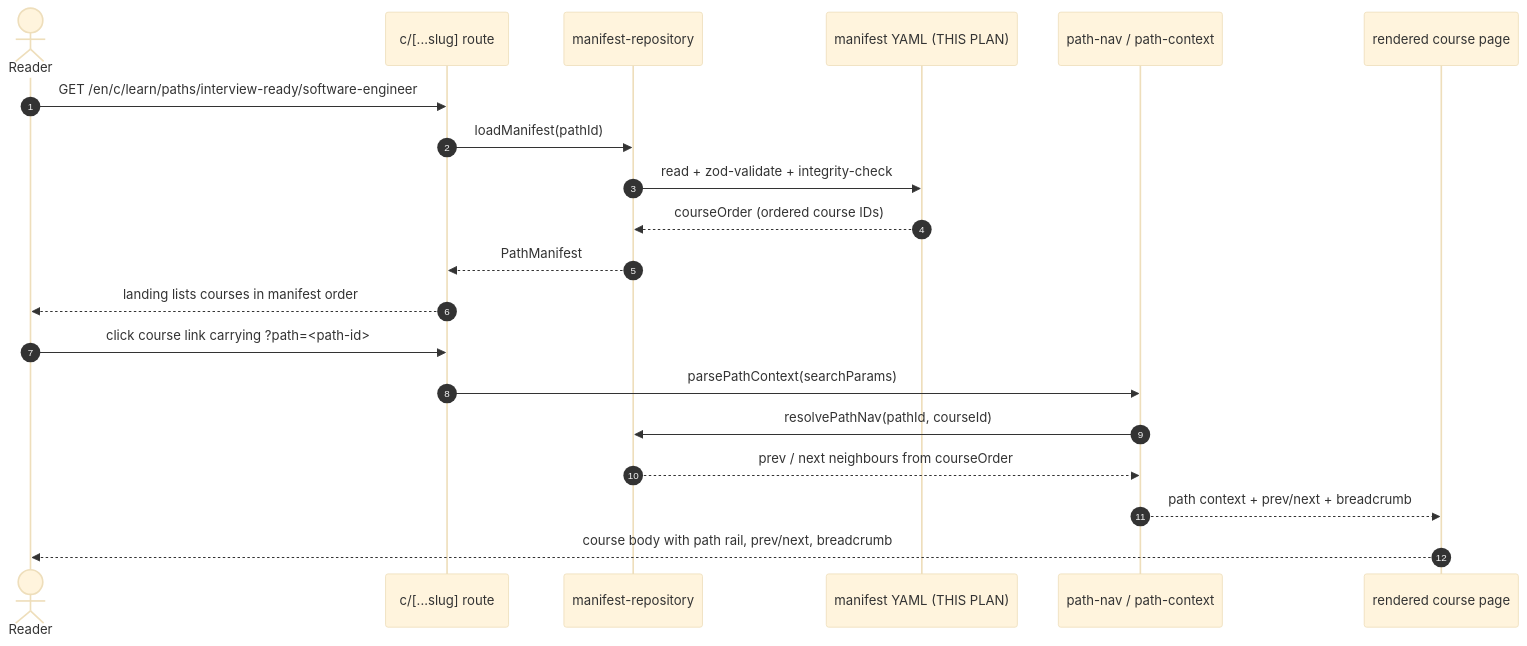
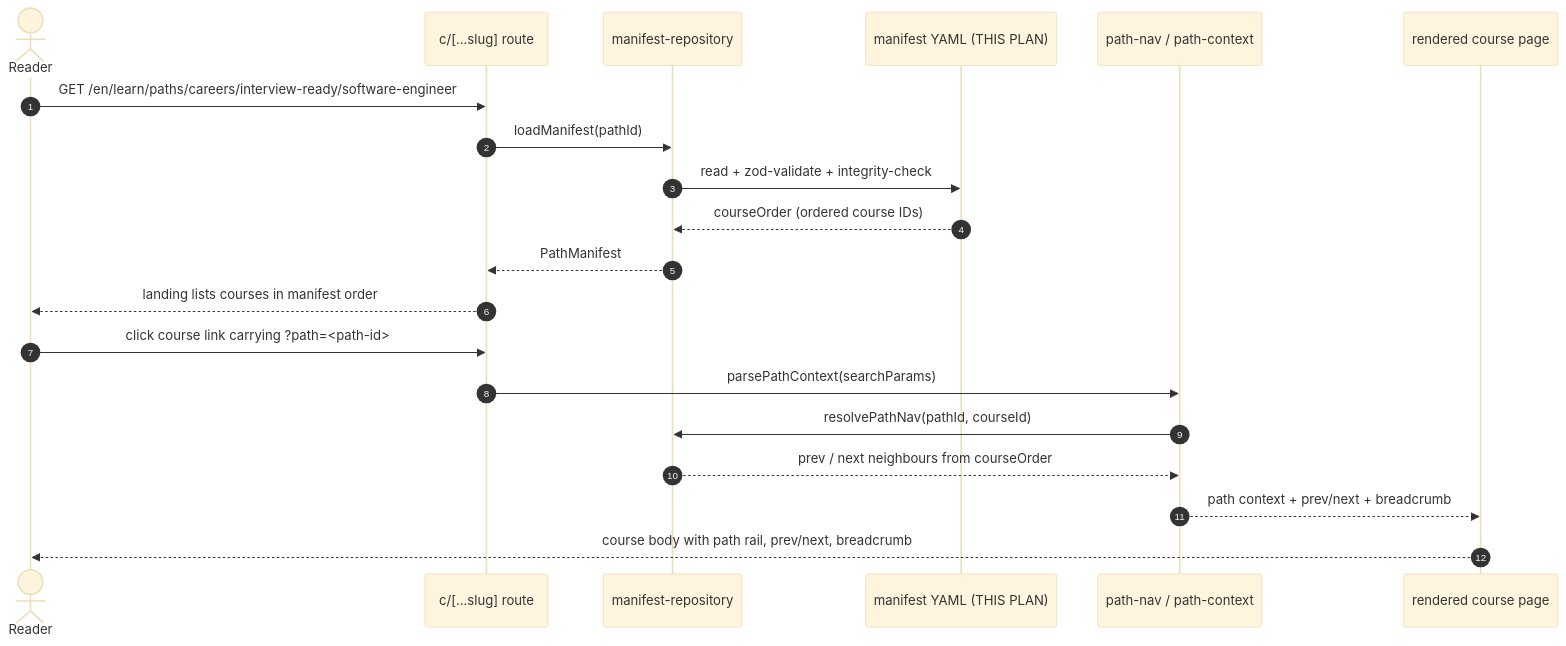
One commit to wahidyankf/baseerah changed the third of 5 diagrams in plans/backlog/ayokoding-learning-path-05-manifests/tech-docs.md. Above: the diagram before and after it, drawn with Mermaid (base theme). The commit also changed other lines of this file and 77 other files, not shown here.

First line of the commit message:
docs(plans): split learning paths into careers/skills and add the two skills-corpus plans

````diff
--- a/plans/backlog/ayokoding-learning-path-05-manifests/tech-docs.md
+++ b/plans/backlog/ayokoding-learning-path-05-manifests/tech-docs.md
@@ -208,24 +240,24 @@
 ```mermaid
 %% Order of operations when a reader walks a path. Shows where this plan's data enters.
 sequenceDiagram
     autonumber
     actor Reader
     participant Route as c/[...slug] route
     participant Repo as manifest-repository
     participant Yaml as manifest YAML (THIS PLAN)
     participant Core as path-nav / path-context
     participant Page as rendered course page
 
-    Reader->>Route: GET /en/c/learn/paths/interview-ready/software-engineer
+    Reader->>Route: GET /en/learn/paths/careers/interview-ready/software-engineer
     Route->>Repo: loadManifest(pathId)
     Repo->>Yaml: read + zod-validate + integrity-check
     Yaml-->>Repo: courseOrder (ordered course IDs)
     Repo-->>Route: PathManifest
     Route-->>Reader: landing lists courses in manifest order
     Reader->>Route: click course link carrying ?path=<path-id>
     Route->>Core: parsePathContext(searchParams)
     Core->>Repo: resolvePathNav(pathId, courseId)
     Repo-->>Core: prev / next neighbours from courseOrder
     Core-->>Page: path context + prev/next + breadcrumb
     Page-->>Reader: course body with path rail, prev/next, breadcrumb
 ```
````
